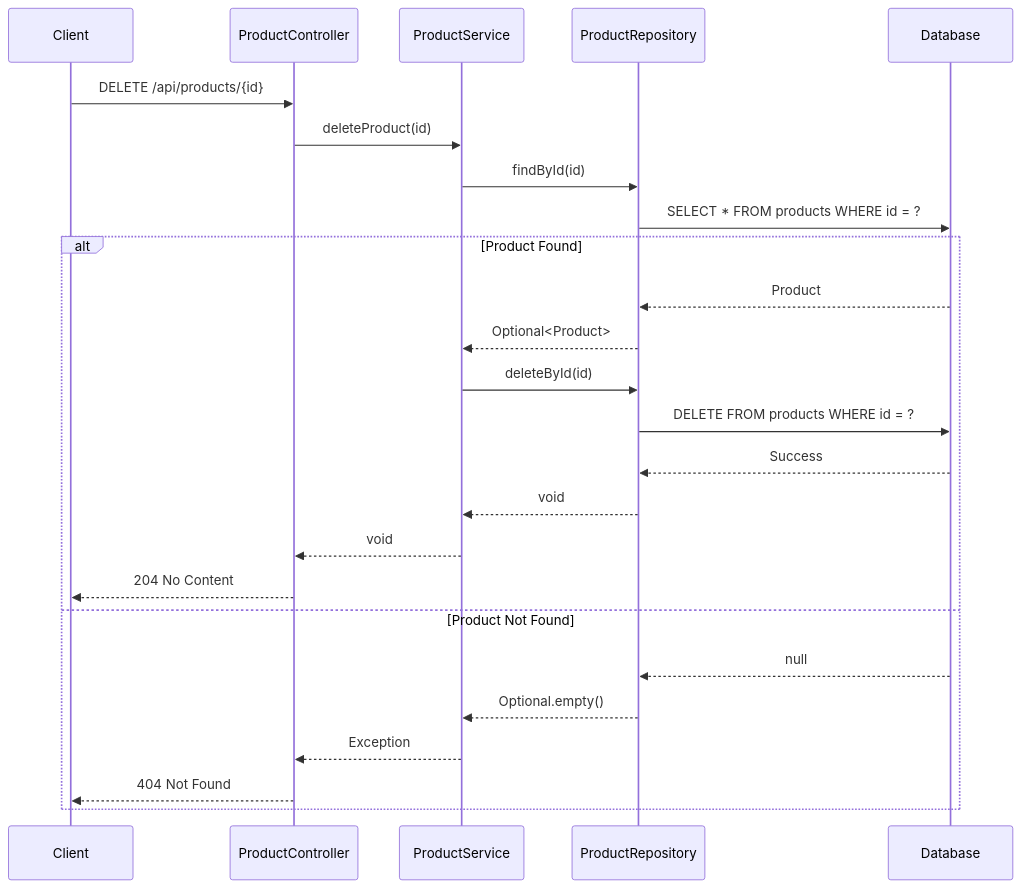
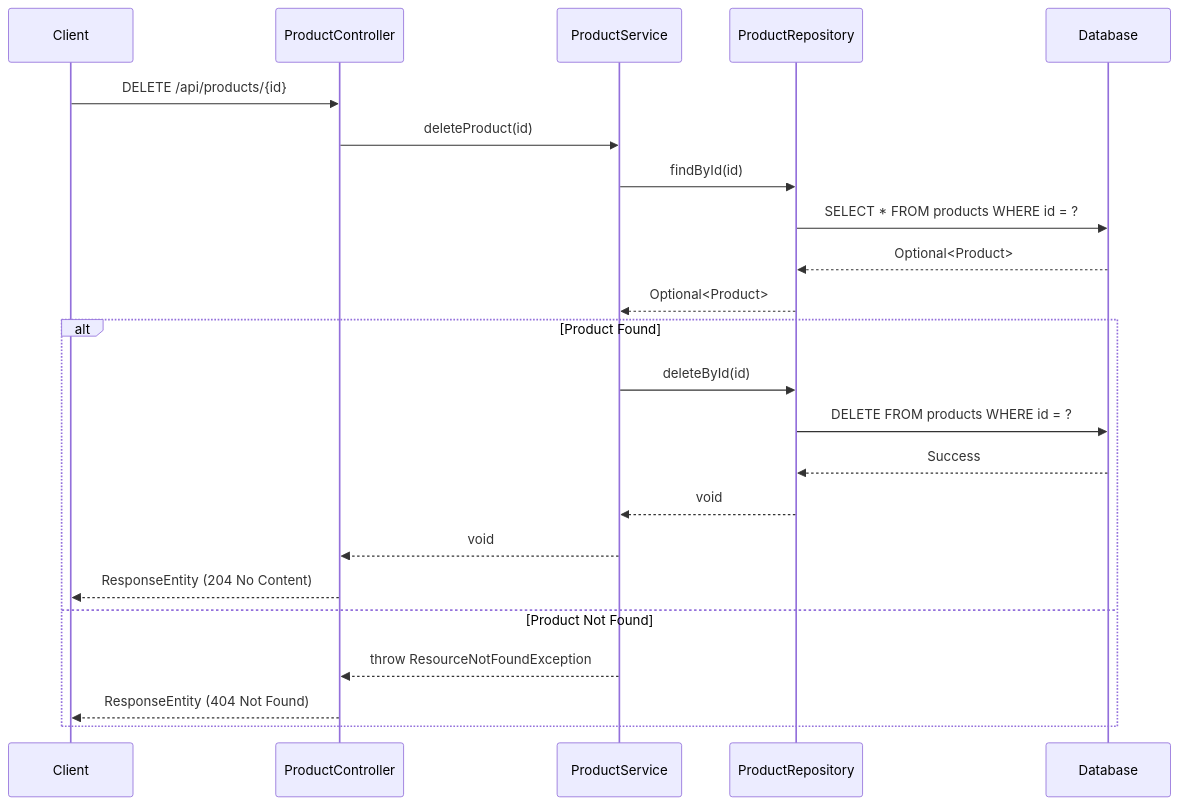
Before and after one commit to NavneetBN47/aava-ecom-demo: the seventh of 13 diagrams in docs/LLD/modified_lld.md, drawn with Mermaid. The commit also changed other lines of this file, not shown here.

````diff
--- a/docs/LLD/modified_lld.md
+++ b/docs/LLD/modified_lld.md
@@ -294,29 +316,26 @@
 ```mermaid
 sequenceDiagram
     participant Client
     participant ProductController
     participant ProductService
     participant ProductRepository
     participant Database
 
     Client->>ProductController: DELETE /api/products/{id}
     ProductController->>ProductService: deleteProduct(id)
     ProductService->>ProductRepository: findById(id)
     ProductRepository->>Database: SELECT * FROM products WHERE id = ?
-    
+    Database-->>ProductRepository: Optional<Product>
+    ProductRepository-->>ProductService: Optional<Product>
     alt Product Found
-        Database-->>ProductRepository: Product
-        ProductRepository-->>ProductService: Optional<Product>
         ProductService->>ProductRepository: deleteById(id)
         ProductRepository->>Database: DELETE FROM products WHERE id = ?
         Database-->>ProductRepository: Success
         ProductRepository-->>ProductService: void
         ProductService-->>ProductController: void
-        ProductController-->>Client: 204 No Content
+        ProductController-->>Client: ResponseEntity (204 No Content)
     else Product Not Found
-        Database-->>ProductRepository: null
-        ProductRepository-->>ProductService: Optional.empty()
-        ProductService-->>ProductController: Exception
-        ProductController-->>Client: 404 Not Found
+        ProductService-->>ProductController: throw ResourceNotFoundException
+        ProductController-->>Client: ResponseEntity (404 Not Found)
     end
 ```
````
